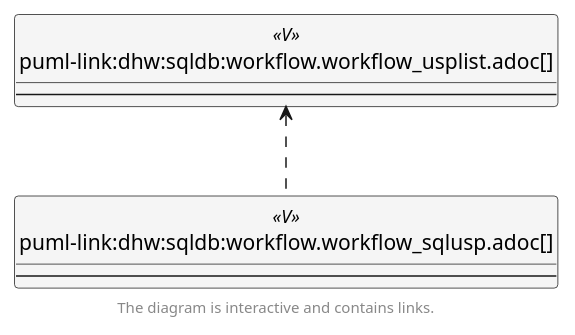
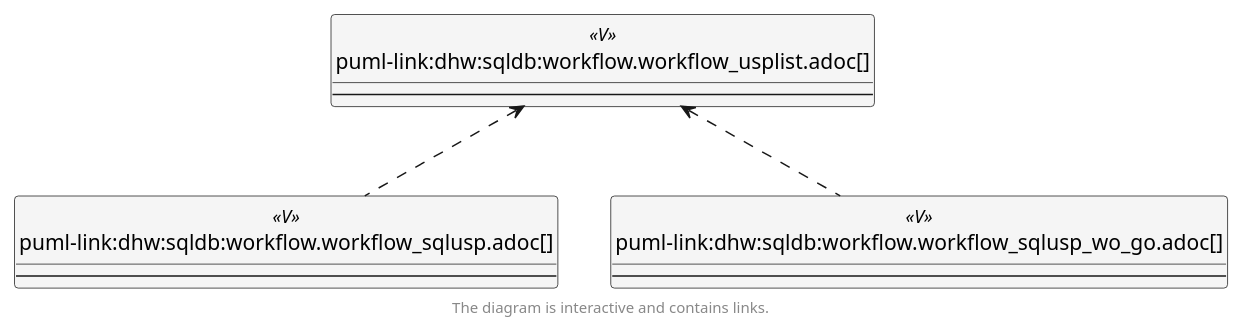
Before and after one commit to DataHandwerk/dhw-antora-sqldb: the fifth of 6 diagrams in docs/modules/sqldb/partials/content/workflow.workflow_usplist.adoc, drawn with PlantUML. The commit also changed other lines of this file and 701 other files, not shown here.

```diff
--- a/docs/modules/sqldb/partials/content/workflow.workflow_usplist.adoc
+++ b/docs/modules/sqldb/partials/content/workflow.workflow_usplist.adoc
@@ -1074,44 +1083,49 @@
 [plantuml, entity_0_30_objectref-{docname}, svg, subs=macros]
 ....
 @startuml
 'Left to right direction
 top to bottom direction
 hide circle
 'avoide "." issues:
 set namespaceSeparator none
 
 
 skinparam class {
   BackgroundColor White
   BackgroundColor<<FN>> Yellow
   BackgroundColor<<FS>> Yellow
   BackgroundColor<<FT>> LightGray
   BackgroundColor<<IF>> Yellow
   BackgroundColor<<IS>> Yellow
   BackgroundColor<<P>>  Aqua
   BackgroundColor<<PC>> Aqua
   BackgroundColor<<SN>> Yellow
   BackgroundColor<<SO>> SlateBlue
   BackgroundColor<<TF>> LightGray
   BackgroundColor<<TR>> Tomato
   BackgroundColor<<U>>  White
   BackgroundColor<<V>>  WhiteSmoke
   BackgroundColor<<X>>  Aqua
   BackgroundColor<<external>> AliceBlue
 }
 
 
 entity "puml-link:dhw:sqldb:workflow.workflow_sqlusp.adoc[]" as workflow.Workflow_SqlUsp << V >> {
   --
 }
 
+entity "puml-link:dhw:sqldb:workflow.workflow_sqlusp_wo_go.adoc[]" as workflow.Workflow_SqlUsp_wo_GO << V >> {
+  --
+}
+
 entity "puml-link:dhw:sqldb:workflow.workflow_usplist.adoc[]" as workflow.Workflow_UspList << V >> {
   --
 }
 
 workflow.Workflow_UspList <.. workflow.Workflow_SqlUsp
+workflow.Workflow_UspList <.. workflow.Workflow_SqlUsp_wo_GO
 
 footer The diagram is interactive and contains links.
 
 @enduml
 ....
```
